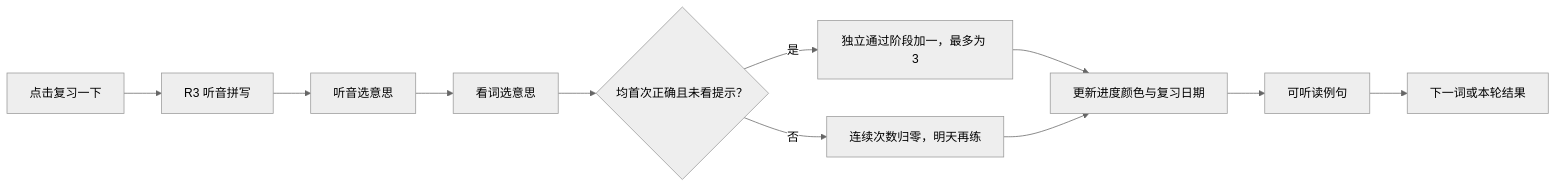
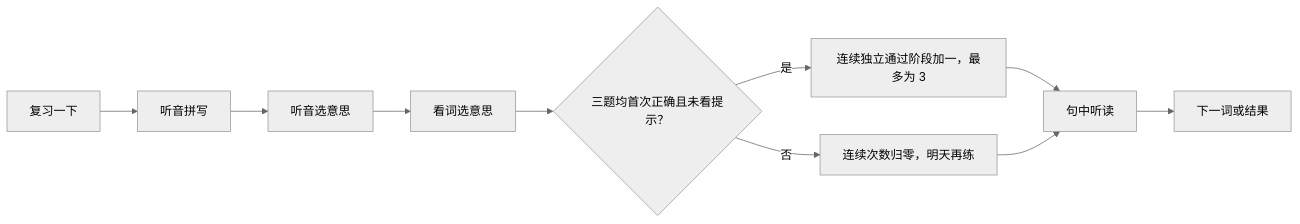
The fourth of 5 diagrams in docs/ux/UX_DESIGN.md (Doraemonls/LittleEnglish850), drawn with Mermaid (neutral theme) before and after one commit. The commit also changed other lines of this file and 31 other files, not shown here.

````diff
--- a/docs/ux/UX_DESIGN.md
+++ b/docs/ux/UX_DESIGN.md
@@ -166,13 +92,12 @@
 ```mermaid
 flowchart LR
-    Start["点击复习一下"] --> Spell["R3 听音拼写"]
-    Spell --> Meaning["听音选意思"]
-    Meaning --> Read["看词选意思"]
-    Read --> Result{"均首次正确且未看提示？"}
-    Result -->|"是"| Pass["独立通过阶段加一，最多为 3"]
-    Result -->|"否"| Retry["连续次数归零，明天再练"]
-    Pass --> Update["更新进度颜色与复习日期"]
-    Retry --> Update
-    Update --> Sentence["可听读例句"]
-    Sentence --> Next["下一词或本轮结果"]
+    Start[复习一下] --> Spell[听音拼写]
+    Spell --> Listen[听音选意思]
+    Listen --> Read[看词选意思]
+    Read --> Judge{三题均首次正确且未看提示？}
+    Judge -->|是| Pass[连续独立通过阶段加一，最多为 3]
+    Judge -->|否| Retry[连续次数归零，明天再练]
+    Pass --> Sentence[句中听读]
+    Retry --> Sentence
+    Sentence --> Next[下一词或结果]
 ```
````
